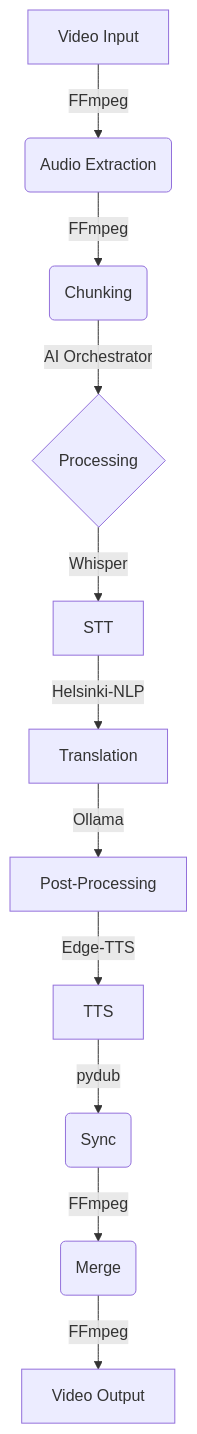
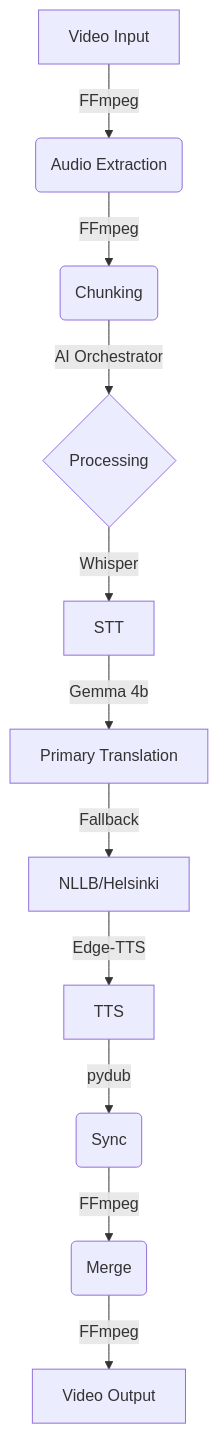
The diagram in README.md (LUNARTECH-X/octavia), drawn with Mermaid before and after one commit. The commit also changed other lines of this file and 6 other files, not shown here.

First line of the commit message:
feat(translation): integrate Gemma-3 model with intelligent fallback chain

````diff
--- a/README.md
+++ b/README.md
@@ -125,13 +124,13 @@
 ```mermaid
 graph TD
   A[Video Input] -->|FFmpeg| B(Audio Extraction)
   B -->|FFmpeg| C(Chunking)
   C -->|AI Orchestrator| D{Processing}
   D -->|Whisper| E[STT]
-  E -->|Helsinki-NLP| F[Translation]
-  F -->|Ollama| G[Post-Processing]
+  E -->|Gemma 4b| F[Primary Translation]
+  F -->|Fallback| G[NLLB/Helsinki]
   G -->|Edge-TTS| H[TTS]
   H -->|pydub| I(Sync)
   I -->|FFmpeg| J(Merge)
   J -->|FFmpeg| K[Video Output]
 ```
````
